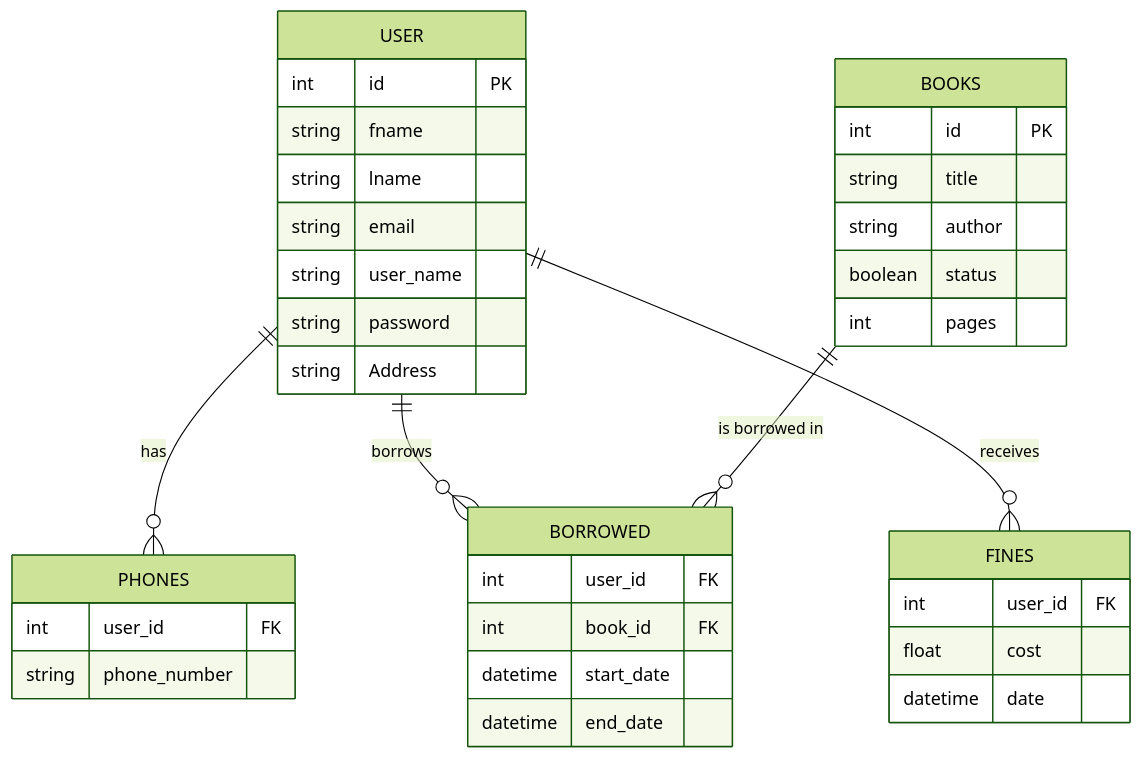
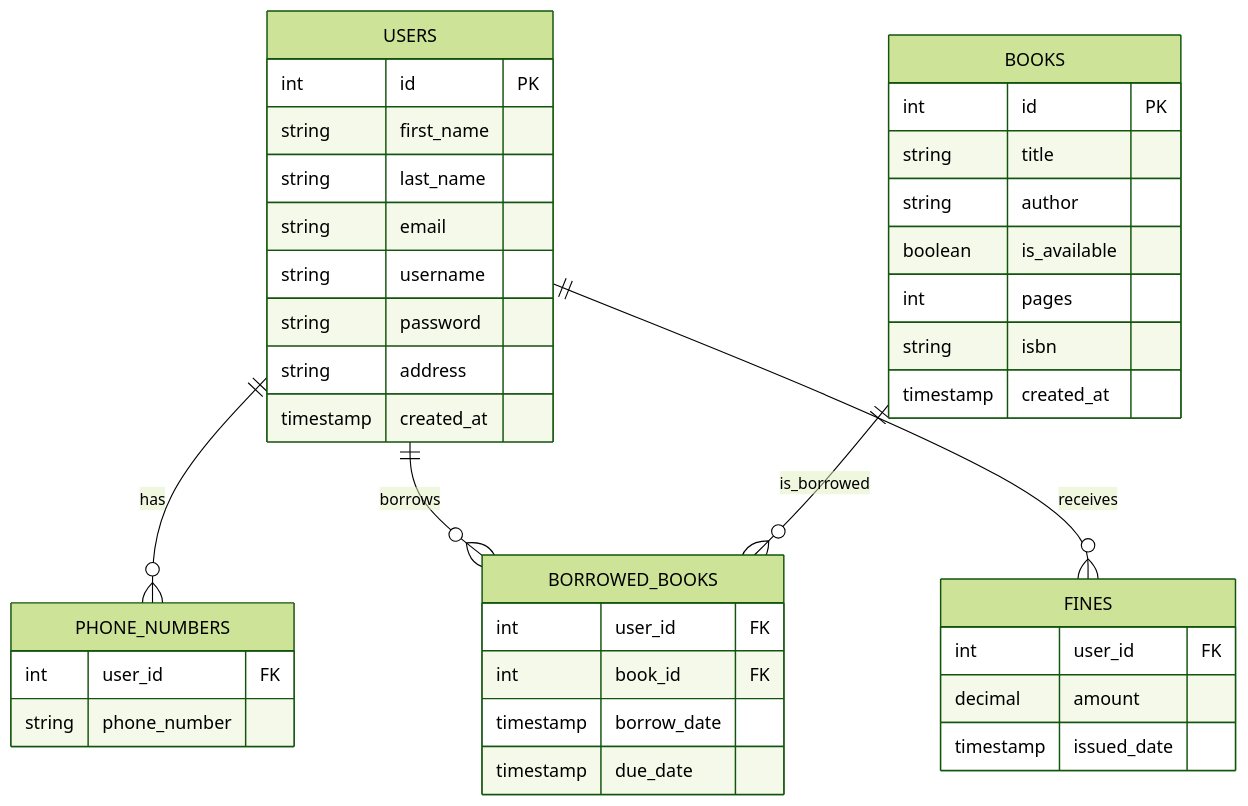
The diagram in README.md (khalwsh/Page-Flow), drawn with Mermaid (forest theme) before and after one commit. The commit also changed other lines of this file, not shown here.

````diff
--- a/README.md
+++ b/README.md
@@ -56,43 +91,46 @@
 ```mermaid
 erDiagram
-    USER ||--o{ PHONES : has
-    USER ||--o{ BORROWED : borrows
-    USER ||--o{ FINES : receives
-    BOOKS ||--o{ BORROWED : "is borrowed in"
+    USERS ||--o{ PHONE_NUMBERS : has
+    USERS ||--o{ BORROWED_BOOKS : borrows
+    USERS ||--o{ FINES : receives
+    BOOKS ||--o{ BORROWED_BOOKS : is_borrowed
     
-    USER {
+    USERS {
         int id PK
-        string fname
-        string lname
+        string first_name
+        string last_name
         string email
-        string user_name
+        string username
         string password
-        string Address
+        string address
+        timestamp created_at
     }
     
-    PHONES {
+    PHONE_NUMBERS {
         int user_id FK
         string phone_number
     }
     
     BOOKS {
         int id PK
         string title
         string author
-        boolean status
+        boolean is_available
         int pages
+        string isbn
+        timestamp created_at
     }
     
-    BORROWED {
+    BORROWED_BOOKS {
         int user_id FK
         int book_id FK
-        datetime start_date
-        datetime end_date
+        timestamp borrow_date
+        timestamp due_date
     }
     
     FINES {
         int user_id FK
-        float cost
-        datetime date
+        decimal amount
+        timestamp issued_date
     }
 ```
````
